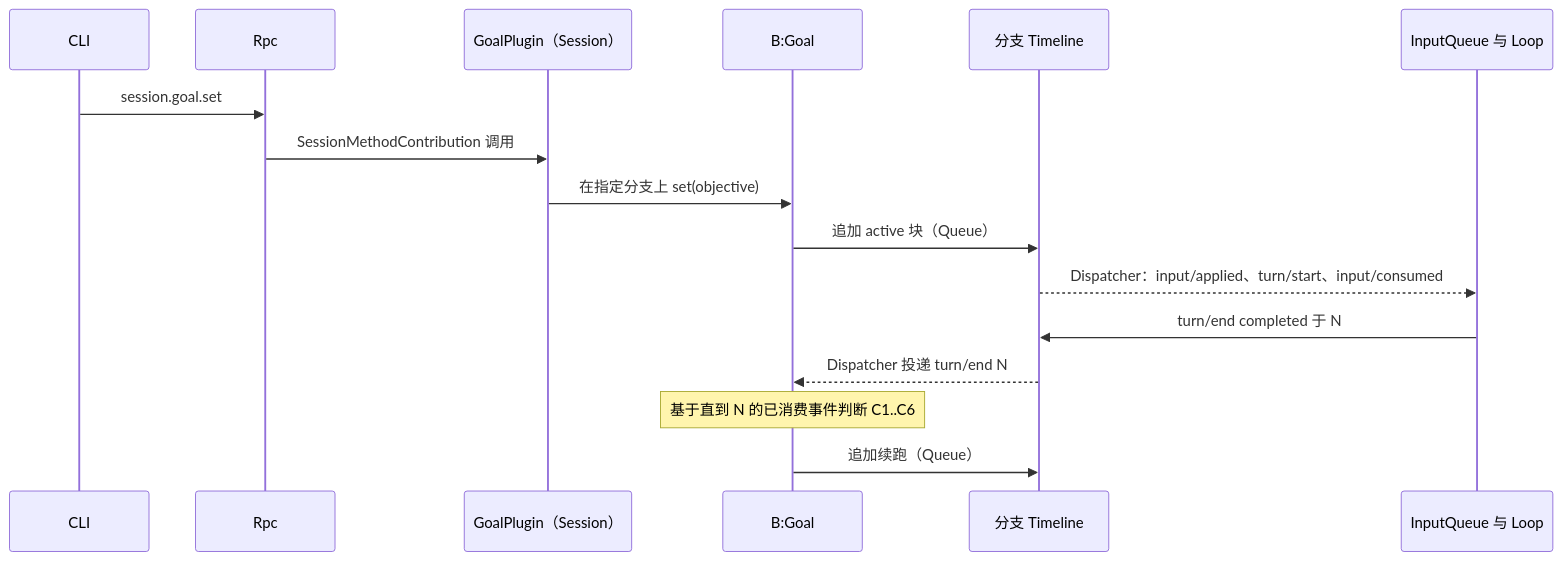
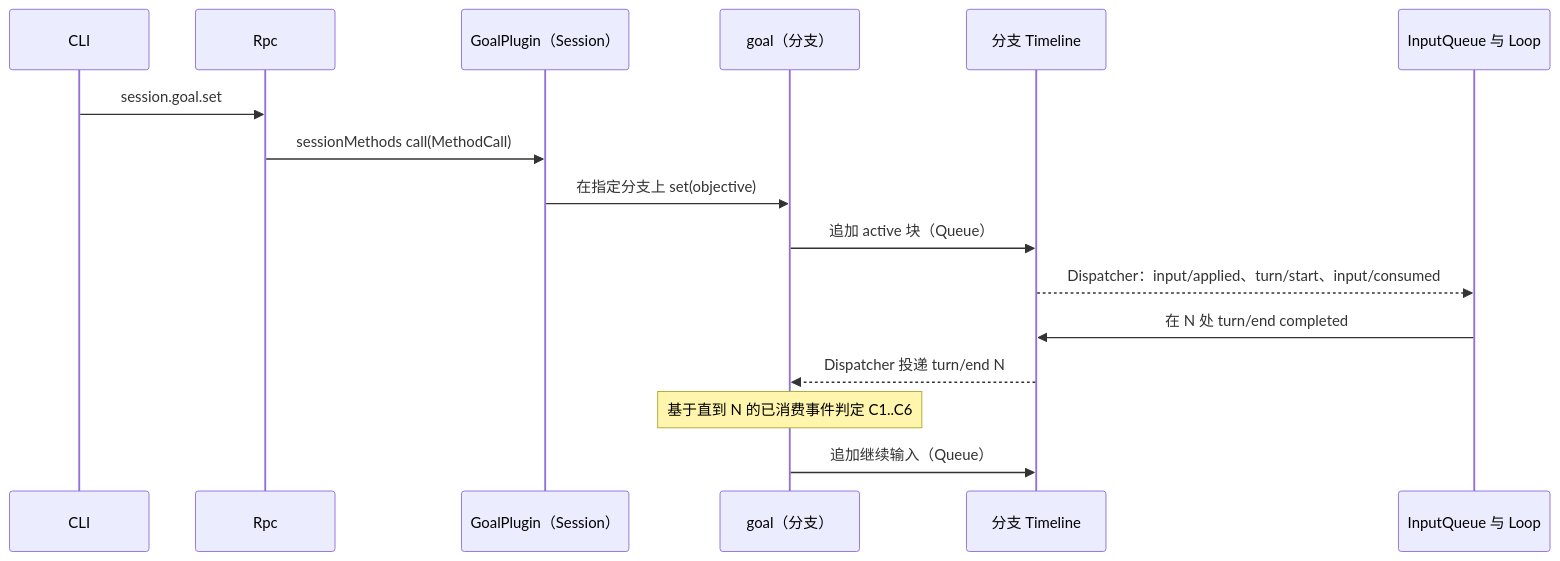
One commit to CoutinhoTTS/dim-agent changed the third of 6 diagrams in docs/zh/design/plugins/Goal.md. Above: the diagram before and after it, drawn with Mermaid. The commit also changed other lines of this file and 18 other files, not shown here.

````diff
--- a/docs/zh/design/plugins/Goal.md
+++ b/docs/zh/design/plugins/Goal.md
@@ -85,18 +85,18 @@
 ```mermaid
 sequenceDiagram
   participant CLI
   participant Rpc
   participant GS as GoalPlugin（Session）
-  participant G as B:Goal
+  participant G as goal（分支）
   participant TL as 分支 Timeline
   participant IQ as InputQueue 与 Loop
   CLI->>Rpc: session.goal.set
-  Rpc->>GS: SessionMethodContribution 调用
+  Rpc->>GS: sessionMethods call(MethodCall)
   GS->>G: 在指定分支上 set(objective)
   G->>TL: 追加 active 块（Queue）
   TL-->>IQ: Dispatcher：input/applied、turn/start、input/consumed
-  IQ->>TL: turn/end completed 于 N
+  IQ->>TL: 在 N 处 turn/end completed
   TL-->>G: Dispatcher 投递 turn/end N
-  Note over G: 基于直到 N 的已消费事件判断 C1..C6
-  G->>TL: 追加续跑（Queue）
+  Note over G: 基于直到 N 的已消费事件判定 C1..C6
+  G->>TL: 追加继续输入（Queue）
 ```
````
